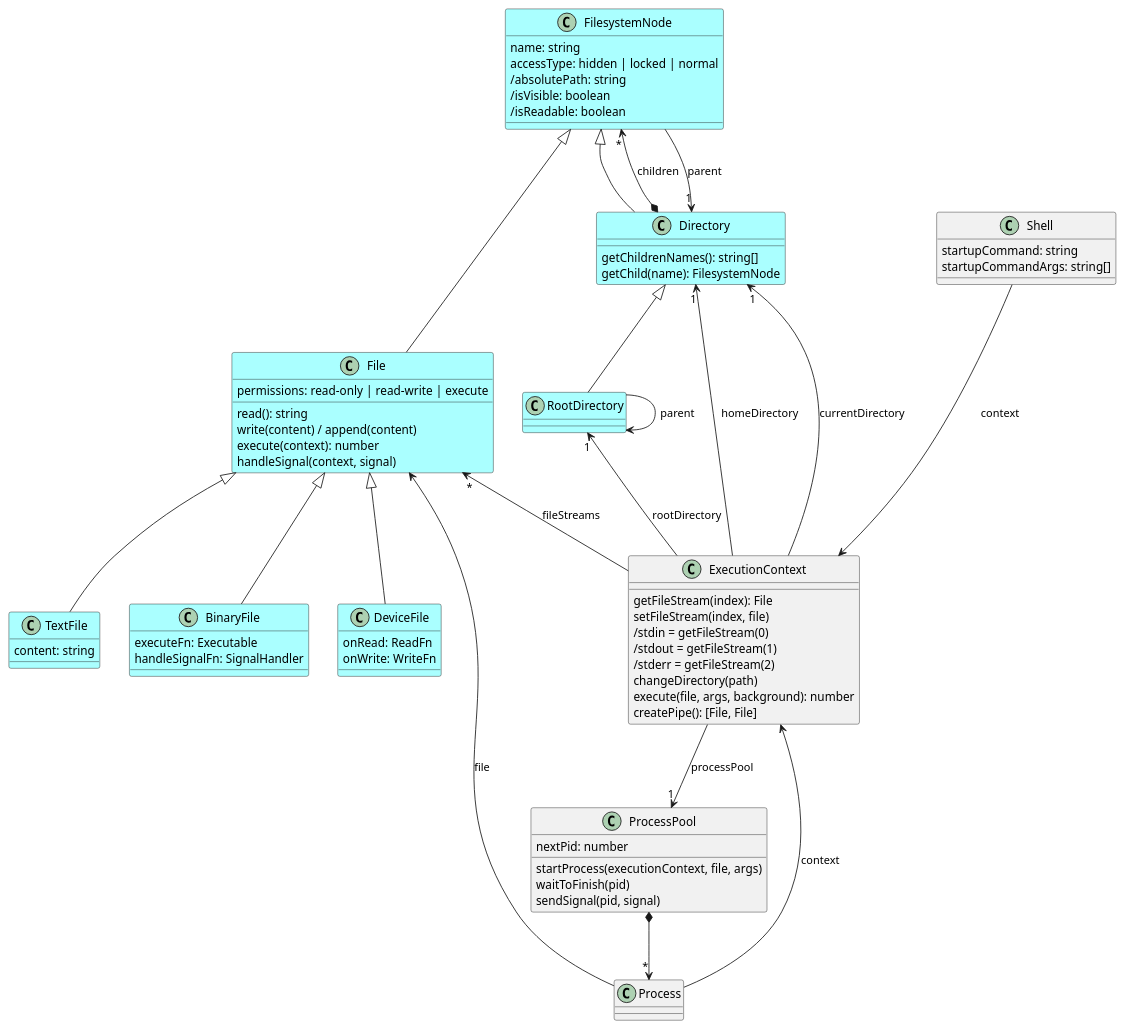
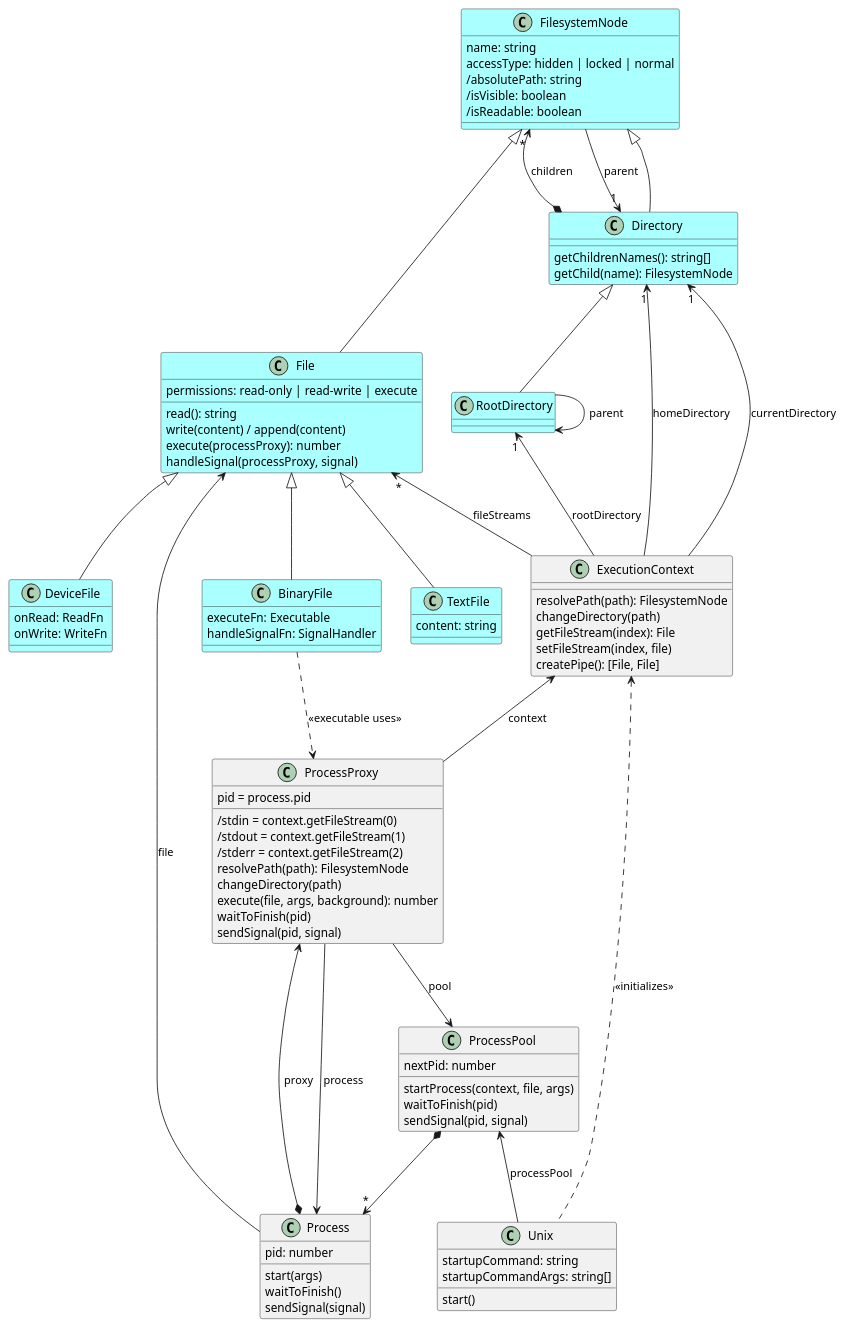
Before and after one commit to p-rivero/unix-js: the diagram in core/doc/class-diagram.plantuml, drawn with PlantUML. The commit also changed 10 other files, not shown here.

Commit message:
Decouple ExecutionContext and Process from file execution

```diff
--- a/core/doc/class-diagram.plantuml
+++ b/core/doc/class-diagram.plantuml
@@ -1,90 +1,111 @@
 @startuml Simplified class diagram
 
 skinparam Ranksep 80
 
 class FilesystemNode #aaffff {
     name: string
     accessType: hidden | locked | normal
     /absolutePath: string
     /isVisible: boolean
     /isReadable: boolean
 }
 
 class Directory #aaffff {
     getChildrenNames(): string[]
     getChild(name): FilesystemNode
 }
 FilesystemNode <|-- Directory
 
 class RootDirectory #aaffff {
 }
 Directory <|-- RootDirectory 
 RootDirectory --> RootDirectory : parent
 
 Directory *-u-> "*" FilesystemNode : children
 FilesystemNode --> "1" Directory : parent
 
 class File #aaffff {
     permissions: read-only | read-write | execute
     read(): string
     write(content) / append(content)
-    execute(context): number
-    handleSignal(context, signal)
+    execute(processProxy): number
+    handleSignal(processProxy, signal)
 }
 FilesystemNode <|-- File
 
 class TextFile #aaffff {
     content: string
 }
 File <|-- TextFile
 
 class BinaryFile #aaffff {
     executeFn: Executable
     handleSignalFn: SignalHandler
 }
 File <|-- BinaryFile
 
 class DeviceFile #aaffff {
     onRead: ReadFn
     onWrite: WriteFn
 }
 File <|-- DeviceFile
 
 
 class ExecutionContext {
+    resolvePath(path): FilesystemNode
+    changeDirectory(path)
     getFileStream(index): File
     setFileStream(index, file)
-    /stdin = getFileStream(0)
-    /stdout = getFileStream(1)
-    /stderr = getFileStream(2)
-    changeDirectory(path)
-    execute(file, args, background): number
     createPipe(): [File, File]
 }
 
 ExecutionContext -u-> "*" File: fileStreams
 ExecutionContext -u-> "1" RootDirectory: rootDirectory
 ExecutionContext -u-> "1" Directory: homeDirectory
 ExecutionContext -u-> "1" Directory: currentDirectory
 
 class Process {
+    pid: number
+    start(args)
+    waitToFinish()
+    sendSignal(signal)
+    
 }
-Process -u-> ExecutionContext : context
 Process -u-> File : file
+BinaryFile ..> ProcessProxy : "<<executable uses>>"
 class ProcessPool {
     nextPid: number
-    startProcess(executionContext, file, args)
+    startProcess(context, file, args)
     waitToFinish(pid)
     sendSignal(pid, signal)
 }
 ProcessPool *--> "*" Process
 
-ExecutionContext --> "1" ProcessPool: processPool
+' Process --> "1" ProcessPool: pool
 
-class Shell {
+class ProcessProxy {
+    pid = process.pid
+    /stdin = context.getFileStream(0)
+    /stdout = context.getFileStream(1)
+    /stderr = context.getFileStream(2)
+    resolvePath(path): FilesystemNode
+    changeDirectory(path)
+    execute(file, args, background): number
+    waitToFinish(pid)
+    sendSignal(pid, signal)
+}
+ProcessProxy -u-> ExecutionContext : context
+ProcessProxy --> Process : process
+ProcessProxy --> ProcessPool : pool
+Process *-u-> ProcessProxy : proxy
+
+
+class Unix {
     startupCommand: string
     startupCommandArgs: string[]
+    start()
 }
-Shell ---> ExecutionContext : context
+Unix -u-> ProcessPool : processPool
+Unix .u.> ExecutionContext : <<initializes>>
 
 @enduml
```
